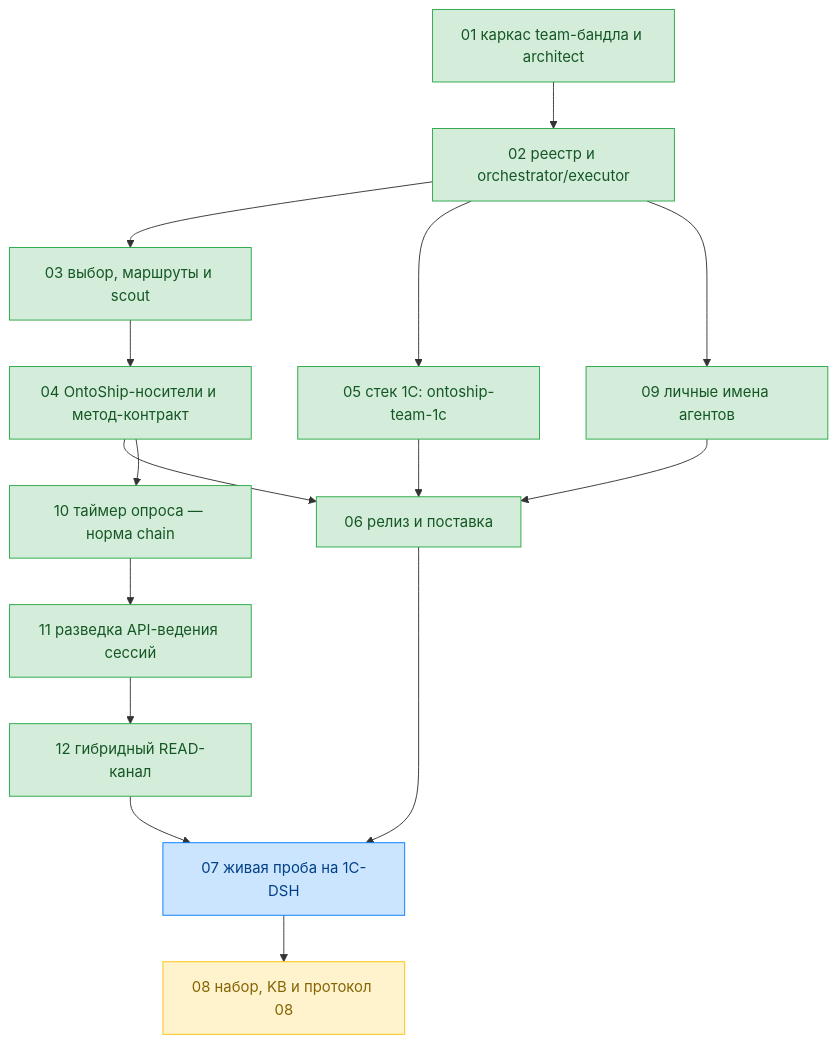
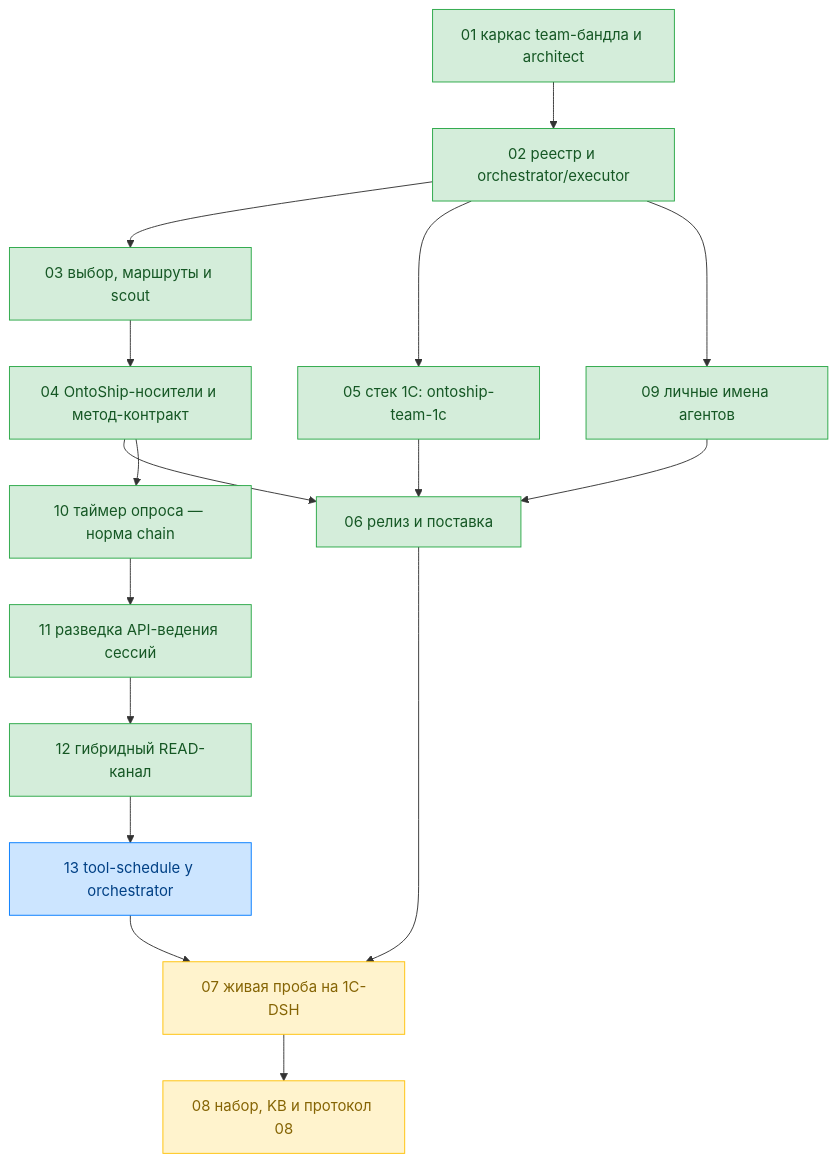
Before and after one commit to ntin60775/ontoship-ntin: the diagram in tickets/team-profiles/dag.md, drawn with Mermaid. The commit also changed other lines of this file and 5 other files, not shown here.

Commit message:
docs(team-profiles): тикет 13 принят — tool-schedule у orchestrator (решение 22), публикация; проба 07 приостановлена до фикса

````diff
--- a/tickets/team-profiles/dag.md
+++ b/tickets/team-profiles/dag.md
@@ -11,39 +11,42 @@
 ```mermaid
 flowchart TD
   T01["01 каркас team-бандла и architect"]
   T02["02 реестр и orchestrator/executor"]
   T03["03 выбор, маршруты и scout"]
   T04["04 OntoShip-носители и метод-контракт"]
   T05["05 стек 1C: ontoship-team-1c"]
   T06["06 релиз и поставка"]
   T07["07 живая проба на 1C-DSH"]
   T08["08 набор, KB и протокол 08"]
   T09["09 личные имена агентов"]
   T10["10 таймер опроса — норма chain"]
   T11["11 разведка API-ведения сессий"]
   T12["12 гибридный READ-канал"]
+  T13["13 tool-schedule у orchestrator"]
 
   T01 --> T02
   T02 --> T03
   T02 --> T05
   T02 --> T09
   T03 --> T04
   T04 --> T06
   T04 --> T10
   T05 --> T06
   T09 --> T06
   T06 --> T07
   T10 --> T11
   T11 --> T12
-  T12 --> T07
+  T12 --> T13
+  T13 --> T07
   T07 --> T08
 
   classDef done fill:#d4edda,stroke:#28a745,color:#155724;
   classDef running fill:#cce5ff,stroke:#007bff,color:#004085;
   classDef pending fill:#e2e3e5,stroke:#6c757d,color:#383d41;
   classDef waiting fill:#fff3cd,stroke:#ffc107,color:#856404;
 
   class T01,T02,T03,T04,T05,T06,T09,T10,T11,T12 done;
-  class T07 running;
+  class T13 running;
+  class T07 waiting;
   class T08 waiting;
 ```
````
